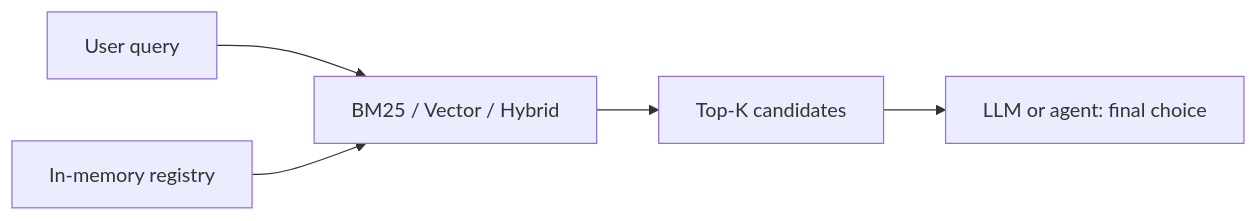
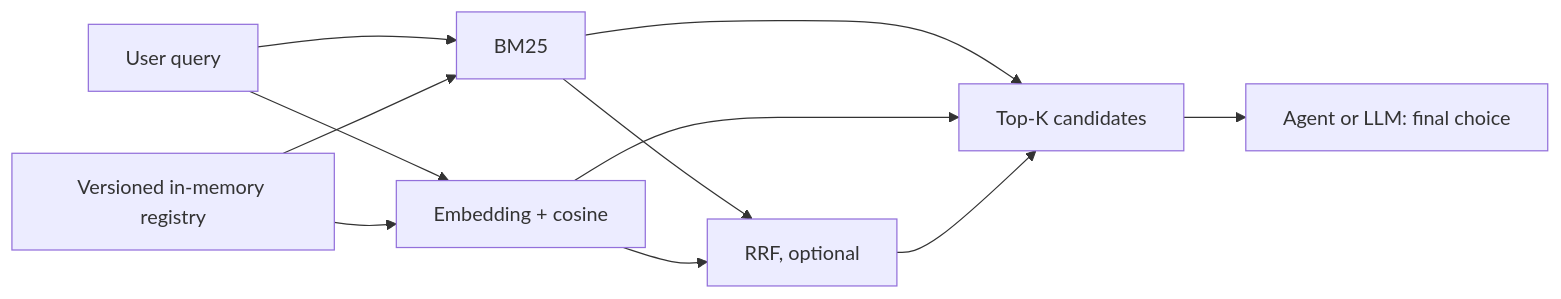
Before and after one commit to znnnnnnn-wil/toolRouter: the diagram in README.md, drawn with Mermaid. The commit also changed other lines of this file and 13 other files, not shown here.

````diff
--- a/README.md
+++ b/README.md
@@ -13,7 +13,13 @@
 ```mermaid
 flowchart LR
-    Q[User query] --> B[BM25 / Vector / Hybrid]
-    R[In-memory registry] --> B
+    Q[User query] --> B[BM25]
+    Q --> V[Embedding + cosine]
+    R[Versioned in-memory registry] --> B
+    R --> V
+    B --> F[RRF, optional]
+    V --> F
     B --> K[Top-K candidates]
-    K --> L[LLM or agent: final choice]
+    V --> K
+    F --> K
+    K --> A[Agent or LLM: final choice]
 ```
````
